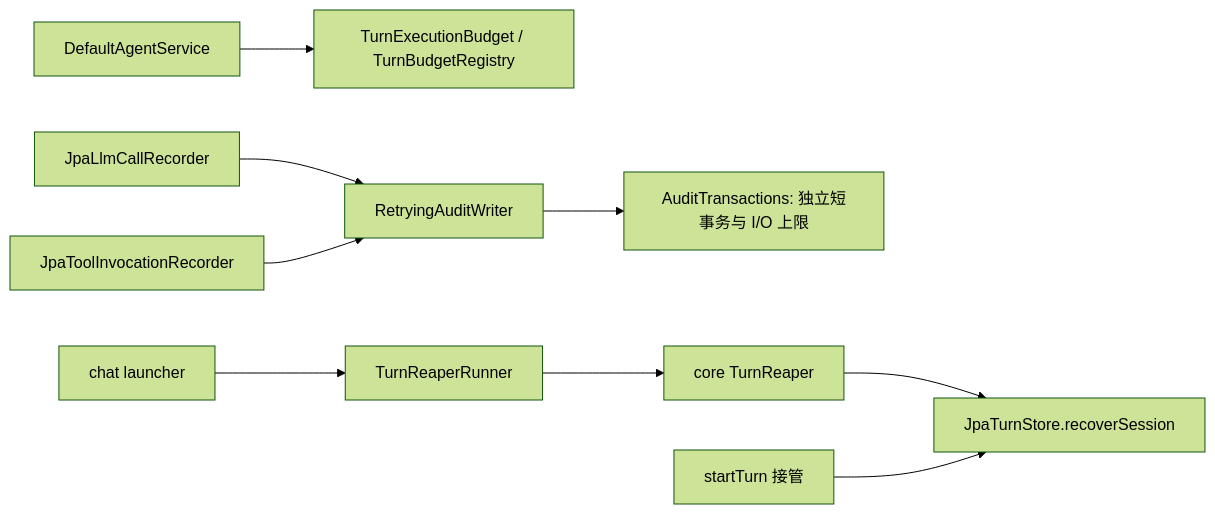
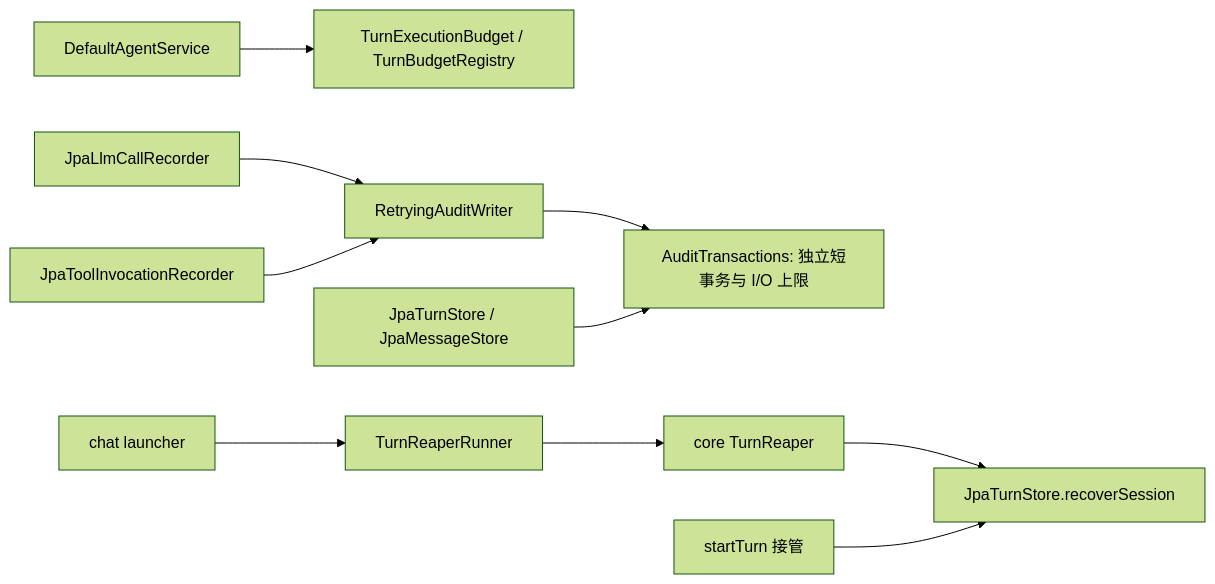
Before and after one commit to wangkaiqistart/agent-os: the seventh of 8 diagrams in docs/code-reading/ClassStructure.md, drawn with Mermaid (forest theme). The commit also changed other lines of this file and 9 other files, not shown here.

````diff
--- a/docs/code-reading/ClassStructure.md
+++ b/docs/code-reading/ClassStructure.md
@@ -194,11 +206,12 @@
 ```mermaid
 flowchart LR
     Service[DefaultAgentService] --> Budget[TurnExecutionBudget / TurnBudgetRegistry]
     Llm[JpaLlmCallRecorder] --> Retry[RetryingAuditWriter]
     Tool[JpaToolInvocationRecorder] --> Retry
     Retry --> Tx[AuditTransactions: 独立短事务与 I/O 上限]
+    Turn[JpaTurnStore / JpaMessageStore] --> Tx
     Launcher[chat launcher] --> Runner[TurnReaperRunner]
     Runner --> Reaper[core TurnReaper]
     Reaper --> Store[JpaTurnStore.recoverSession]
     Start[startTurn 接管] --> Store
 ```
````
